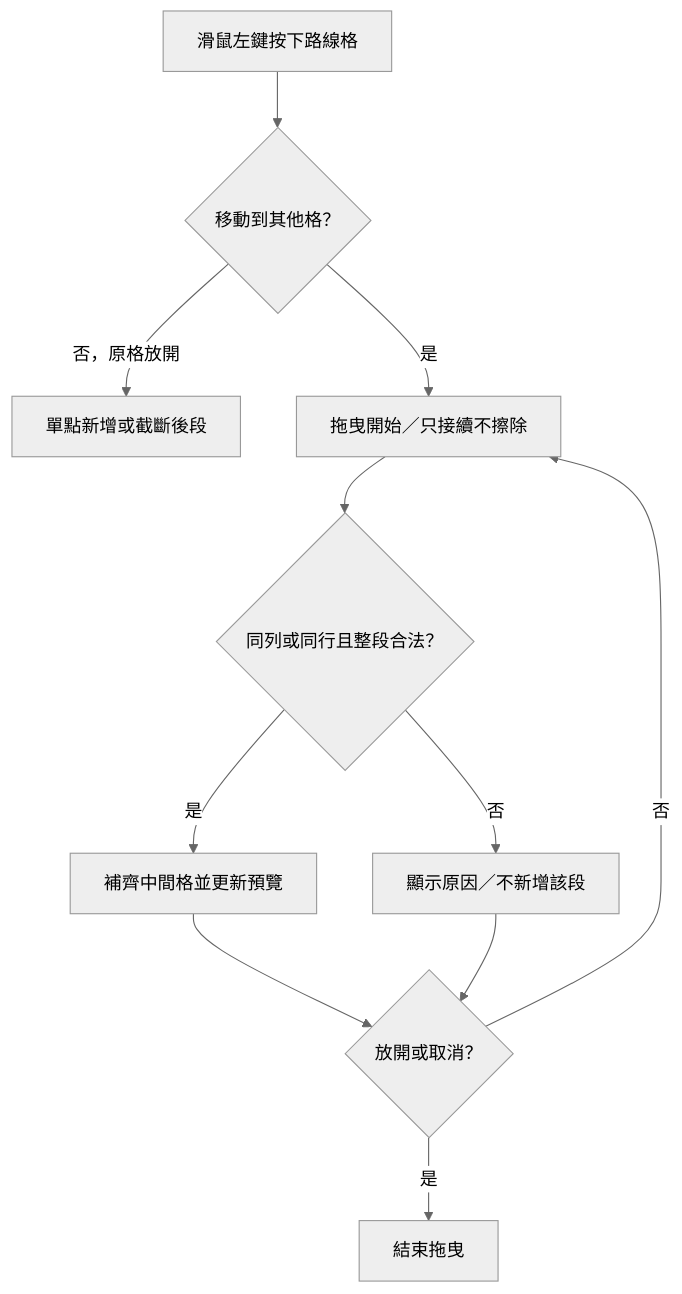
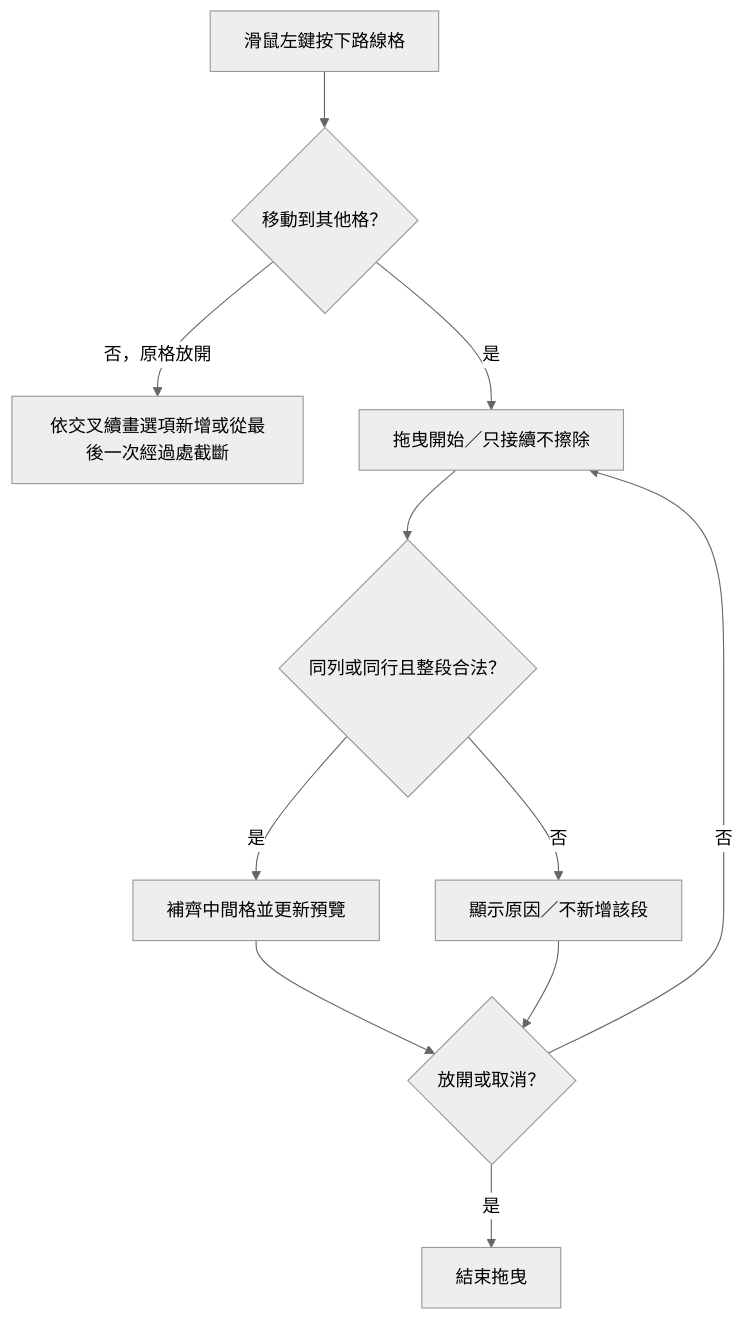
Before and after one commit to weimowang/tdmapcreate: the eighth of 9 diagrams in docs/SPEC.md, drawn with Mermaid (neutral theme). The commit also changed other lines of this file and 5 other files, not shown here.

````diff
--- a/docs/SPEC.md
+++ b/docs/SPEC.md
@@ -319,13 +321,13 @@
 ```mermaid
 flowchart TD
   A[滑鼠左鍵按下路線格] --> B{移動到其他格？}
-  B -->|否，原格放開| C[單點新增或截斷後段]
+  B -->|否，原格放開| C[依交叉續畫選項新增或從最後一次經過處截斷]
   B -->|是| D[拖曳開始／只接續不擦除]
   D --> E{同列或同行且整段合法？}
   E -->|是| F[補齊中間格並更新預覽]
   E -->|否| G[顯示原因／不新增該段]
   F --> H{放開或取消？}
   G --> H
   H -->|否| D
   H -->|是| I[結束拖曳]
 ```
````
